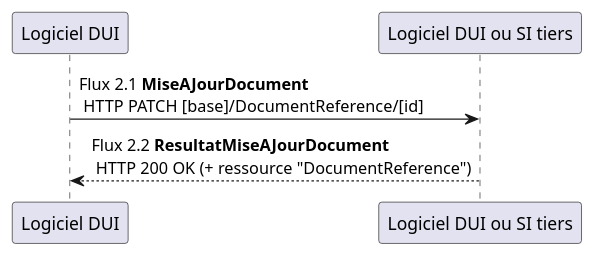
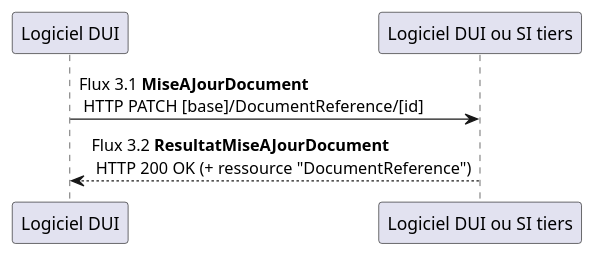
Before and after one commit to ansforge/IG-fhir-transfert-donnees-dui-esms: the diagram in input/images-source/flux3.plantuml, drawn with PlantUML. The commit also changed 4 other files, not shown here.

```diff
--- a/input/images-source/flux3.plantuml
+++ b/input/images-source/flux3.plantuml
@@ -1,6 +1,6 @@
 @startuml
 
-"Logiciel DUI" -> "Logiciel DUI ou SI tiers" : Flux 2.1 **MiseAJourDocument** \n HTTP PATCH [base]/DocumentReference/[id]
-"Logiciel DUI" <-- "Logiciel DUI ou SI tiers" : Flux 2.2 **ResultatMiseAJourDocument** \n HTTP 200 OK (+ ressource "DocumentReference")
+"Logiciel DUI" -> "Logiciel DUI ou SI tiers" : Flux 3.1 **MiseAJourDocument** \n HTTP PATCH [base]/DocumentReference/[id]
+"Logiciel DUI" <-- "Logiciel DUI ou SI tiers" : Flux 3.2 **ResultatMiseAJourDocument** \n HTTP 200 OK (+ ressource "DocumentReference")
 
 @enduml
```
